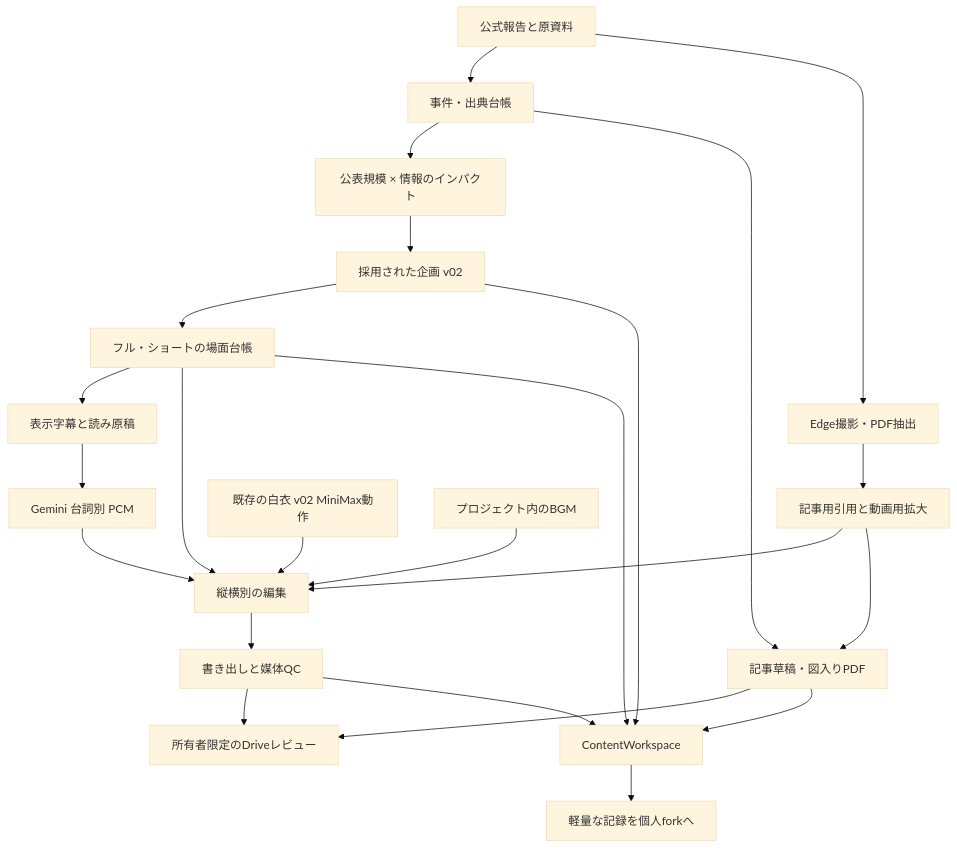
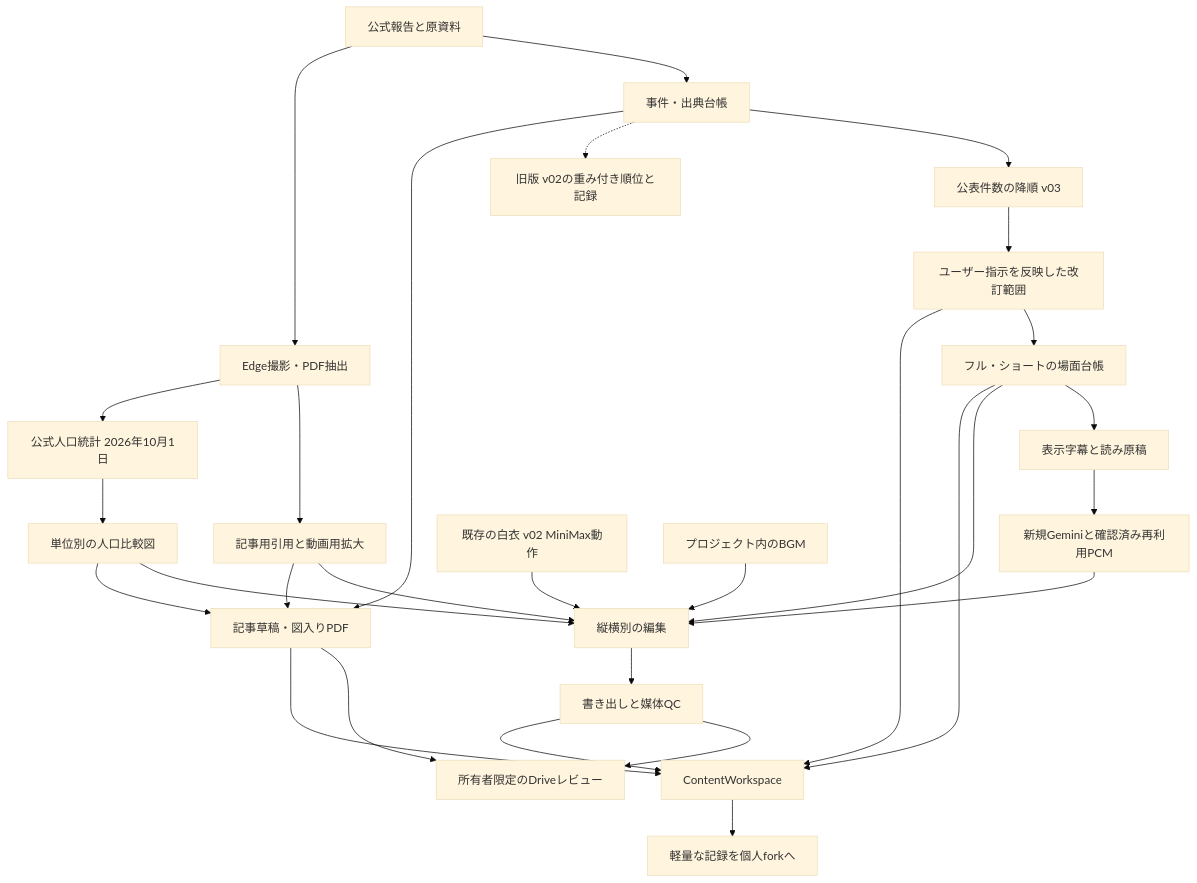
Before and after one commit to benriworks/MiniMax-H3: the diagram in productions/content-projects/CONTENT_20261107_ai_japan_data_breaches/ARCHITECTURE_DIAGRAM.md, drawn with Mermaid (base theme). The commit also changed 23 other files, not shown here.

````diff
--- a/productions/content-projects/CONTENT_20261107_ai_japan_data_breaches/ARCHITECTURE_DIAGRAM.md
+++ b/productions/content-projects/CONTENT_20261107_ai_japan_data_breaches/ARCHITECTURE_DIAGRAM.md
@@ -3,26 +3,31 @@
 ```mermaid
 flowchart TD
     A["公式報告と原資料"] --> B["事件・出典台帳"]
-    B --> C["公表規模 × 情報のインパクト"]
-    C --> D["採用された企画 v02"]
+    B --> C["公表件数の降順 v03"]
+    C --> D["ユーザー指示を反映した改訂範囲"]
+    B -.-> V["旧版 v02の重み付き順位と記録"]
     D --> E["フル・ショートの場面台帳"]
     A --> F["Edge撮影・PDF抽出"]
     F --> G["記事用引用と動画用拡大"]
+    F --> R["公式人口統計 2026年10月1日"]
+    R --> S["単位別の人口比較図"]
+    S --> J
+    S --> N
     E --> H["表示字幕と読み原稿"]
-    H --> I["Gemini 台詞別 PCM"]
+    H --> I["新規Geminiと確認済み再利用PCM"]
     E --> J["縦横別の編集"]
     G --> J
     K["既存の白衣 v02 MiniMax動作"] --> J
     I --> J
     L["プロジェクト内のBGM"] --> J
     J --> M["書き出しと媒体QC"]
     B --> N["記事草稿・図入りPDF"]
     G --> N
     M --> O["所有者限定のDriveレビュー"]
     N --> O
     D --> P["ContentWorkspace"]
     E --> P
     M --> P
     N --> P
     P --> Q["軽量な記録を個人forkへ"]
 ```
````
